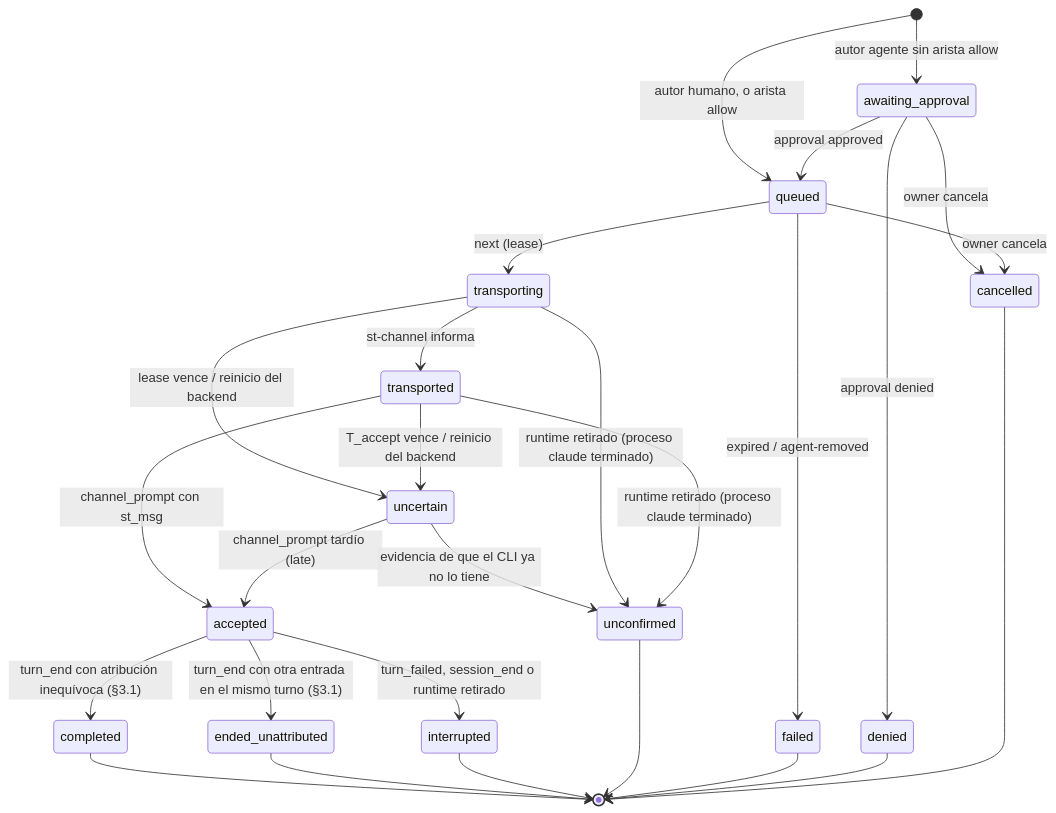
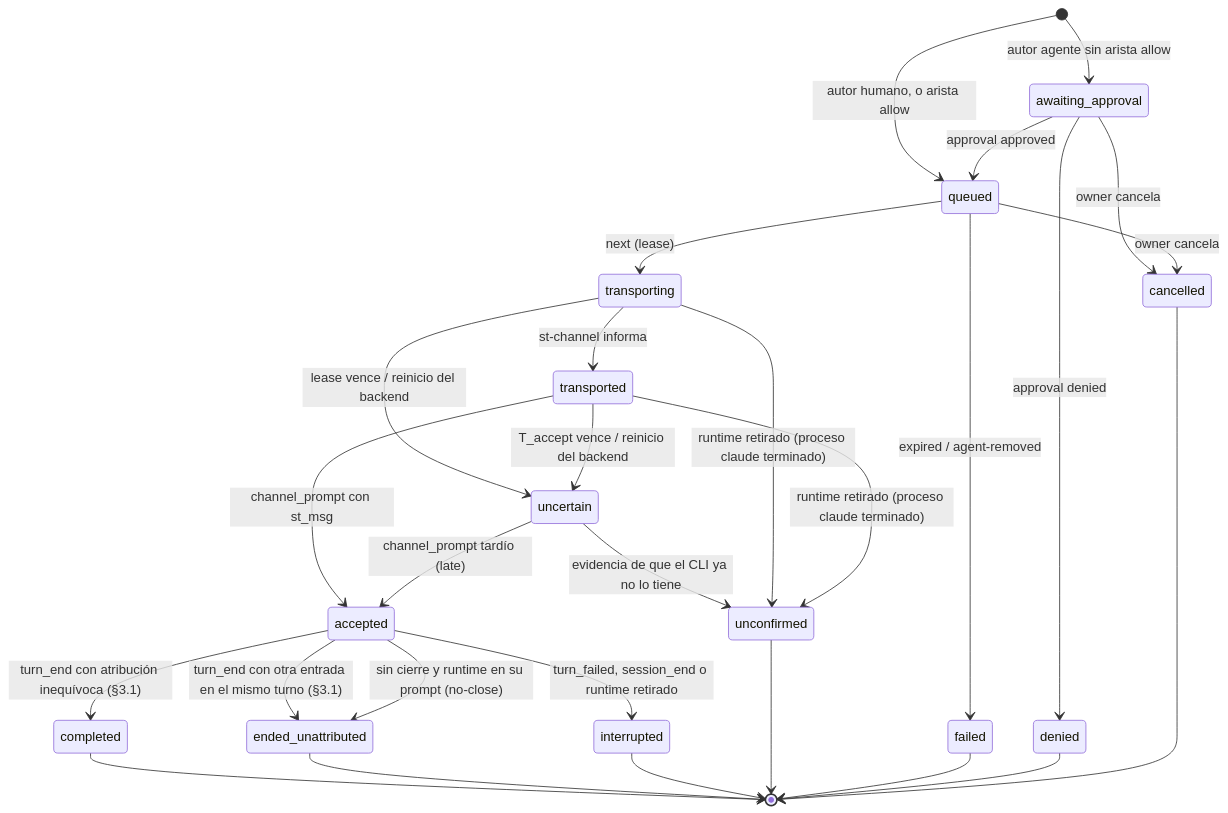
One commit to gatof81/shared-terminal changed the diagram in docs/design/project-chat/03-protocol.md. Above: the diagram before and after it, drawn with Mermaid. The commit also changed other lines of this file and 5 other files, not shown here.

First line of the commit message:
docs(design): sequence-based result attribution, strict at-prompt predicate, process-scoped degraded, POC teardown order

````diff
--- a/docs/design/project-chat/03-protocol.md
+++ b/docs/design/project-chat/03-protocol.md
@@ -102,29 +102,30 @@
 ```mermaid
 stateDiagram-v2
   [*] --> awaiting_approval: autor agente sin arista allow
   [*] --> queued: autor humano, o arista allow
   awaiting_approval --> queued: approval approved
   awaiting_approval --> denied: approval denied
   awaiting_approval --> cancelled: owner cancela
   queued --> transporting: next (lease)
   queued --> cancelled: owner cancela
   queued --> failed: expired / agent-removed
   transporting --> transported: st-channel informa
   transporting --> uncertain: lease vence / reinicio del backend
   transported --> accepted: channel_prompt con st_msg
   transported --> uncertain: T_accept vence / reinicio del backend
   uncertain --> accepted: channel_prompt tardío (late)
   uncertain --> unconfirmed: evidencia de que el CLI ya no lo tiene
   transporting --> unconfirmed: runtime retirado (proceso claude terminado)
   transported --> unconfirmed: runtime retirado (proceso claude terminado)
   accepted --> completed: turn_end con atribución inequívoca (§3.1)
   accepted --> ended_unattributed: turn_end con otra entrada en el mismo turno (§3.1)
+  accepted --> ended_unattributed: sin cierre y runtime en su prompt (no-close)
   accepted --> interrupted: turn_failed, session_end o runtime retirado
   completed --> [*]
   ended_unattributed --> [*]
   interrupted --> [*]
   unconfirmed --> [*]
   failed --> [*]
   denied --> [*]
   cancelled --> [*]
 ```
````
